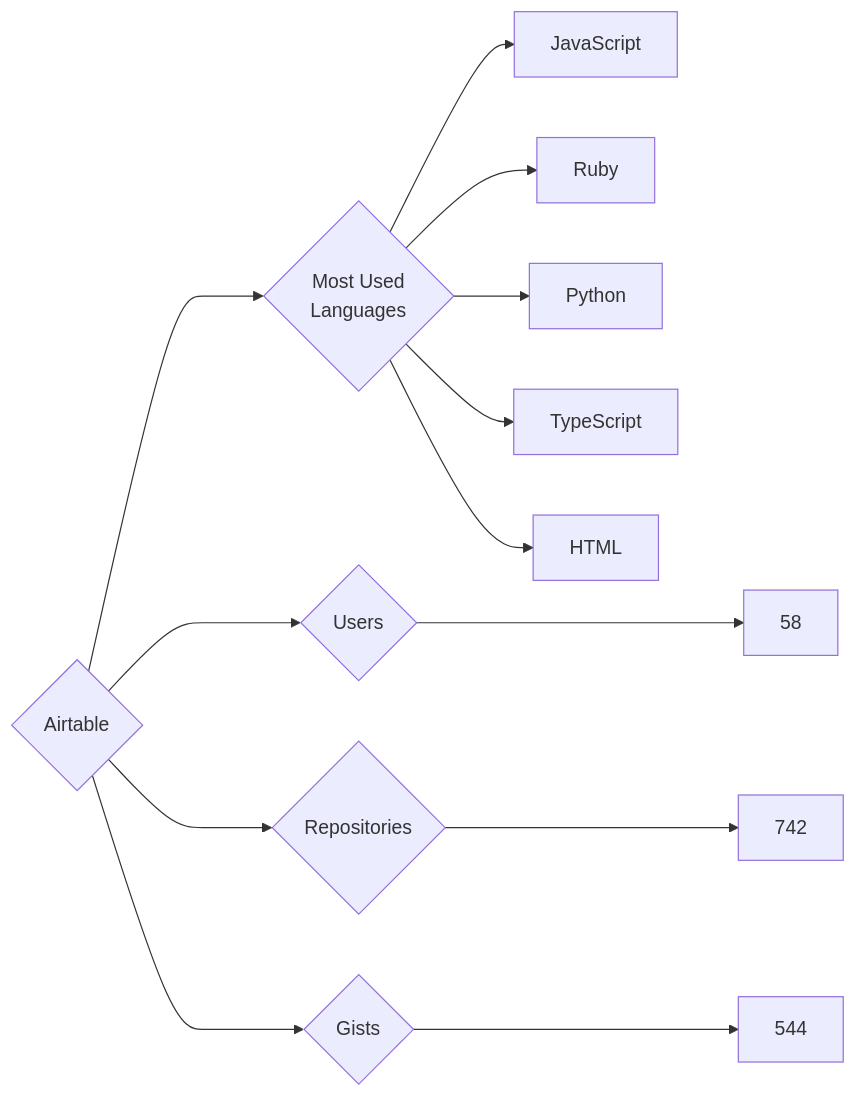
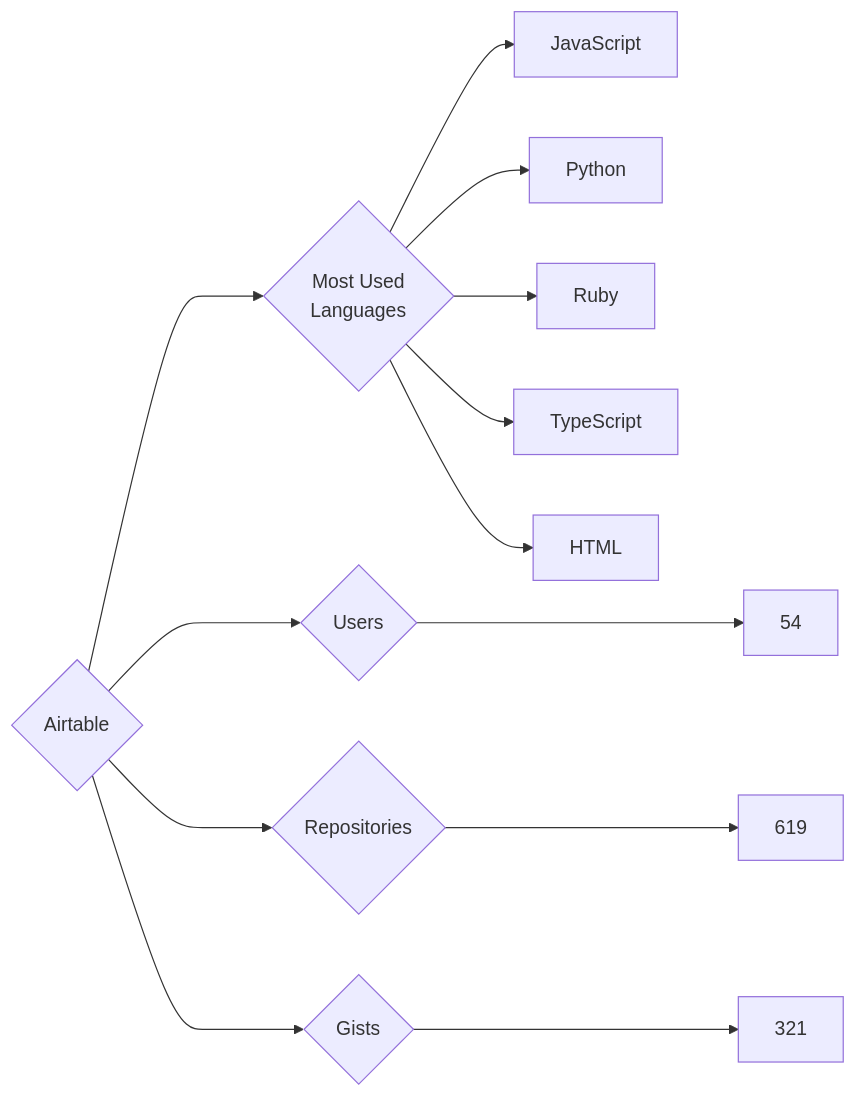
One commit to trickest/insiders changed the diagram in targets/Airtable/README.md. Above: the diagram before and after it, drawn with Mermaid. The commit also changed 925 other files, not shown here.

````diff
--- a/targets/Airtable/README.md
+++ b/targets/Airtable/README.md
@@ -3,13 +3,13 @@
 ```mermaid
 graph LR
 COMPANY_NAME{Airtable}
-COMPANY_NAME ---> U{Users} ---> UN[58]
-COMPANY_NAME ---> R{Repositories} ---> RN[742]
-COMPANY_NAME ---> G{Gists} ---> GN[544]
+COMPANY_NAME ---> U{Users} ---> UN[54]
+COMPANY_NAME ---> R{Repositories} ---> RN[619]
+COMPANY_NAME ---> G{Gists} ---> GN[321]
 COMPANY_NAME ---> ML{Most Used<br>Languages}
 ML --> JavaScript[JavaScript]
+ML --> Python[Python]
 ML --> Ruby[Ruby]
-ML --> Python[Python]
 ML --> TypeScript[TypeScript]
 ML --> HTML[HTML]
 ```
````
